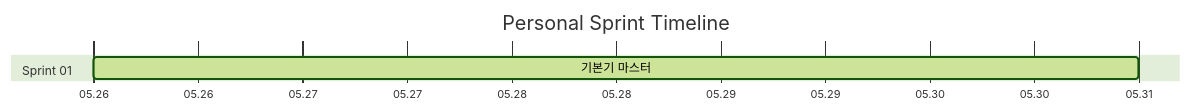
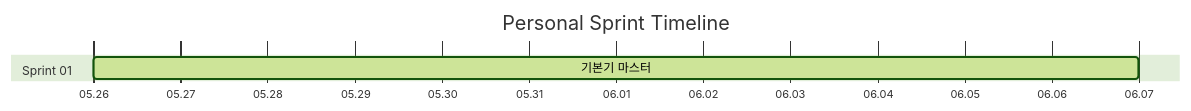
One commit to Vryez11/personal-sprint changed the diagram in README.md. Above: the diagram before and after it, drawn with Mermaid (forest theme). The commit also changed other lines of this file and 1 other file, not shown here.

````diff
--- a/README.md
+++ b/README.md
@@ -17,8 +17,8 @@
 ```mermaid
 gantt
     title Personal Sprint Timeline
     dateFormat YYYY-MM-DD
     axisFormat %m.%d
     section Sprint 01
-    기본기 마스터 :active, s1, 2026-05-26, 2026-05-31
+    기본기 마스터 :active, s1, 2026-05-26, 2026-06-07
 ```
````
